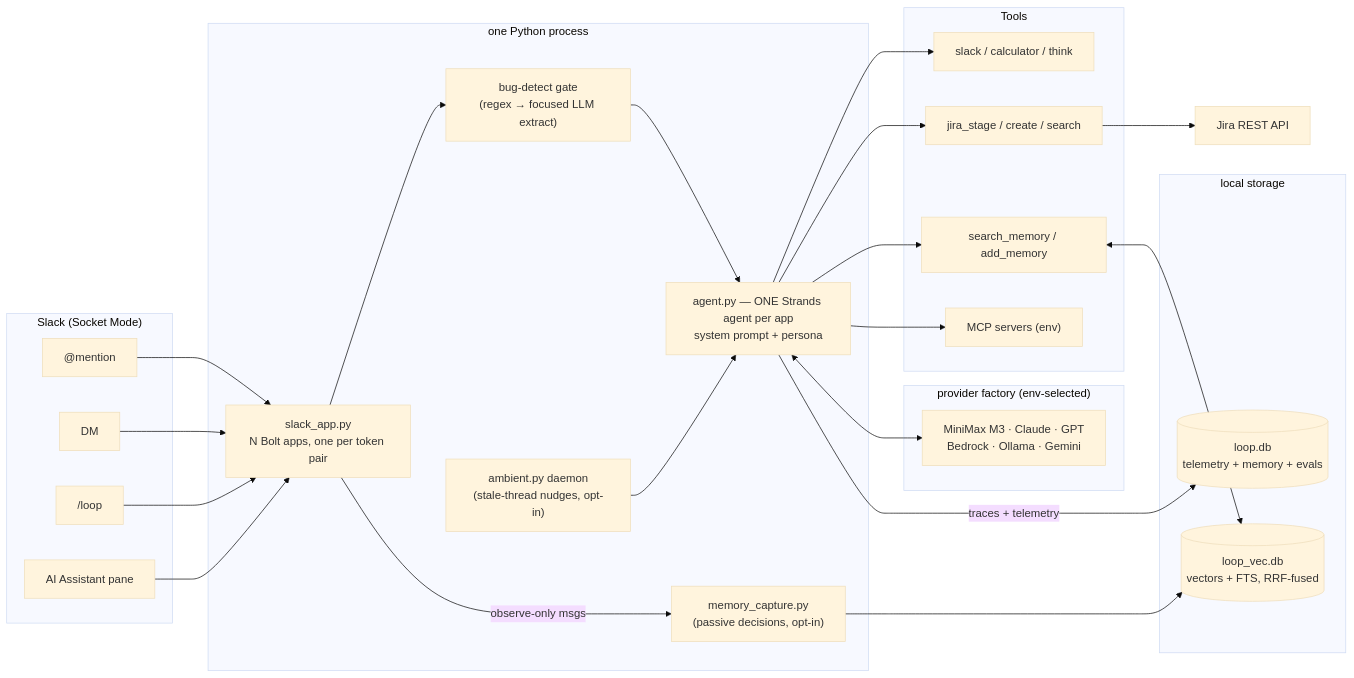
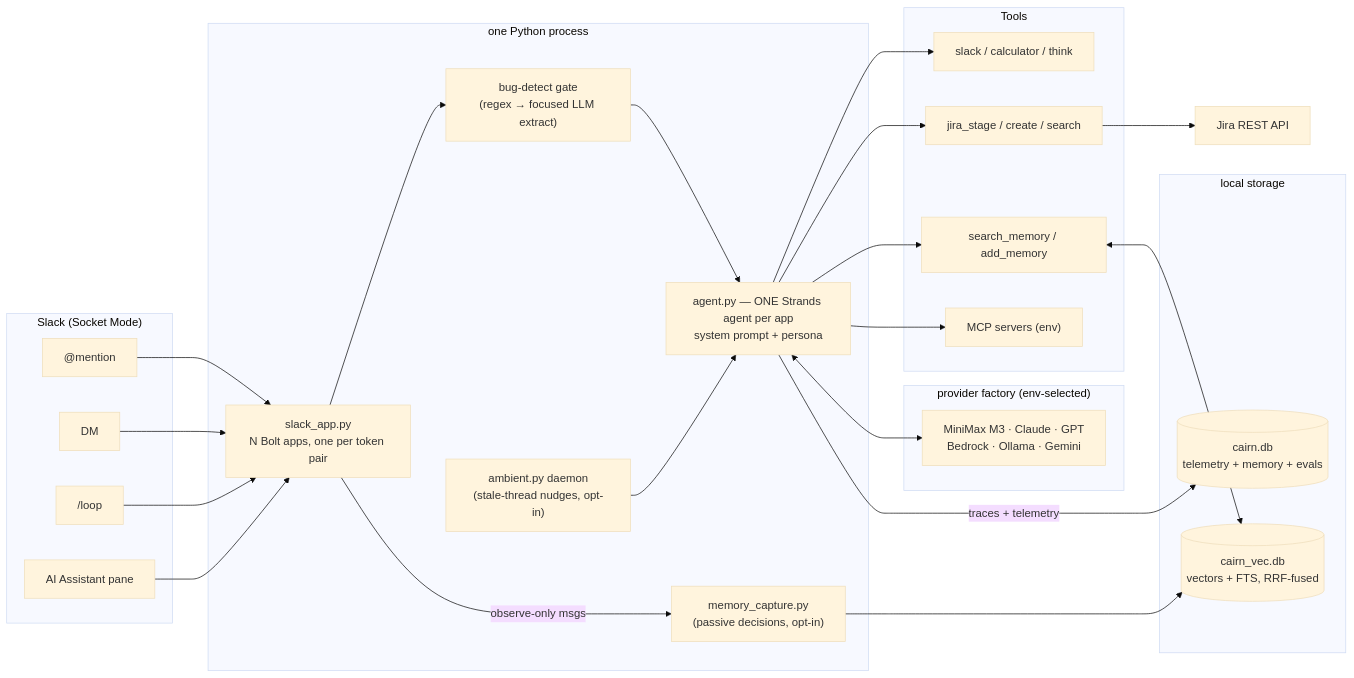
The first of 2 diagrams in README.md (Jyotisaini-2001/cairn), drawn with Mermaid (base theme) before and after one commit. The commit also changed other lines of this file and 50 other files, not shown here.

````diff
--- a/README.md
+++ b/README.md
@@ -42,35 +76,35 @@
 ```mermaid
 flowchart LR
     subgraph Slack["Slack (Socket Mode)"]
         M["@mention"]; DM["DM"]; SL["/loop"]; AP["AI Assistant pane"]
     end
     subgraph Proc["one Python process"]
         H["slack_app.py<br/>N Bolt apps, one per token pair"]
         BG["bug-detect gate<br/>(regex → focused LLM extract)"]
         AG["agent.py — ONE Strands agent per app<br/>system prompt + persona"]
         AMB["ambient.py daemon<br/>(stale-thread nudges, opt-in)"]
         CAP["memory_capture.py<br/>(passive decisions, opt-in)"]
     end
     subgraph Tools
         T1["slack / calculator / think"]
         T2["jira_stage / create / search"]
         T3["search_memory / add_memory"]
         T4["MCP servers (env)"]
     end
     subgraph Model["provider factory (env-selected)"]
         MM["MiniMax M3 · Claude · GPT<br/>Bedrock · Ollama · Gemini"]
     end
     subgraph Store["local storage"]
-        DB[("loop.db<br/>telemetry + memory + evals")]
-        VDB[("loop_vec.db<br/>vectors + FTS, RRF-fused")]
+        DB[("cairn.db<br/>telemetry + memory + evals")]
+        VDB[("cairn_vec.db<br/>vectors + FTS, RRF-fused")]
     end
     M & DM & SL & AP --> H
     H --> BG --> AG
     H -- "observe-only msgs" --> CAP --> VDB
     AMB --> AG
     AG --> T1 & T2 & T3 & T4
     AG <--> MM
     T3 <--> VDB
     AG -- "traces + telemetry" --> DB
     T2 --> JIRA["Jira REST API"]
 ```
````
